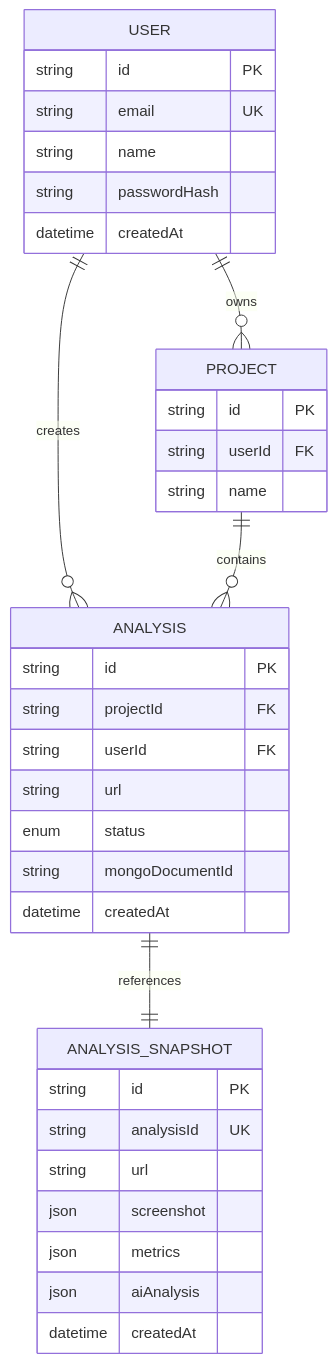
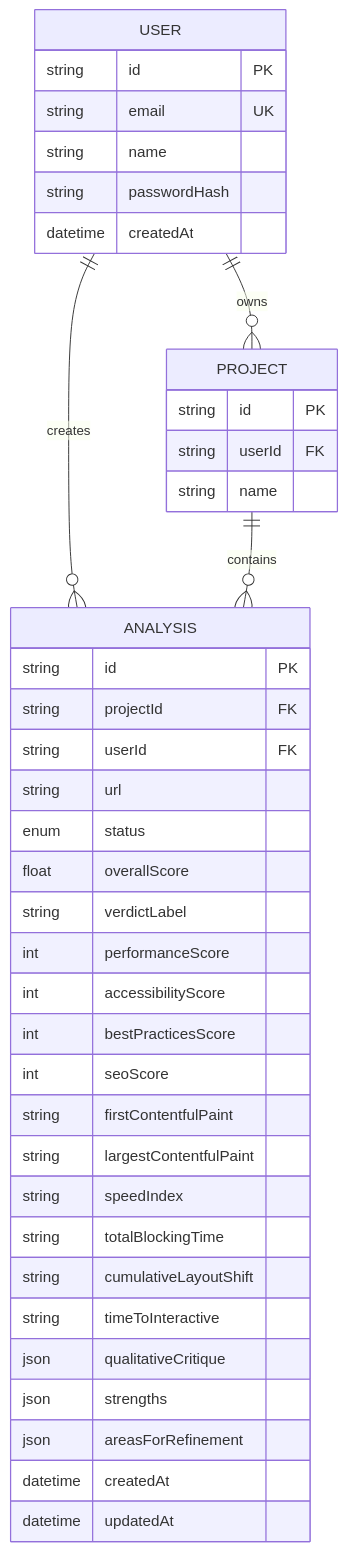
Before and after one commit to PrithviDRajvanshi/UIVerdict.: the fourth of 4 diagrams in README.md, drawn with Mermaid. The commit also changed other lines of this file and 45 other files, not shown here.

````diff
--- a/README.md
+++ b/README.md
@@ -424,41 +426,45 @@
 ```mermaid
 erDiagram
     USER ||--o{ PROJECT : owns
     USER ||--o{ ANALYSIS : creates
     PROJECT ||--o{ ANALYSIS : contains
-    ANALYSIS ||--|| ANALYSIS_SNAPSHOT : references
 
     USER {
         string id PK
         string email UK
         string name
         string passwordHash
         datetime createdAt
     }
 
     PROJECT {
         string id PK
         string userId FK
         string name
     }
 
     ANALYSIS {
         string id PK
         string projectId FK
         string userId FK
         string url
         enum status
-        string mongoDocumentId
+        float overallScore
+        string verdictLabel
+        int performanceScore
+        int accessibilityScore
+        int bestPracticesScore
+        int seoScore
+        string firstContentfulPaint
+        string largestContentfulPaint
+        string speedIndex
+        string totalBlockingTime
+        string cumulativeLayoutShift
+        string timeToInteractive
+        json qualitativeCritique
+        json strengths
+        json areasForRefinement
         datetime createdAt
-    }
-
-    ANALYSIS_SNAPSHOT {
-        string id PK
-        string analysisId UK
-        string url
-        json screenshot
-        json metrics
-        json aiAnalysis
-        datetime createdAt
+        datetime updatedAt
     }
 ```
````
